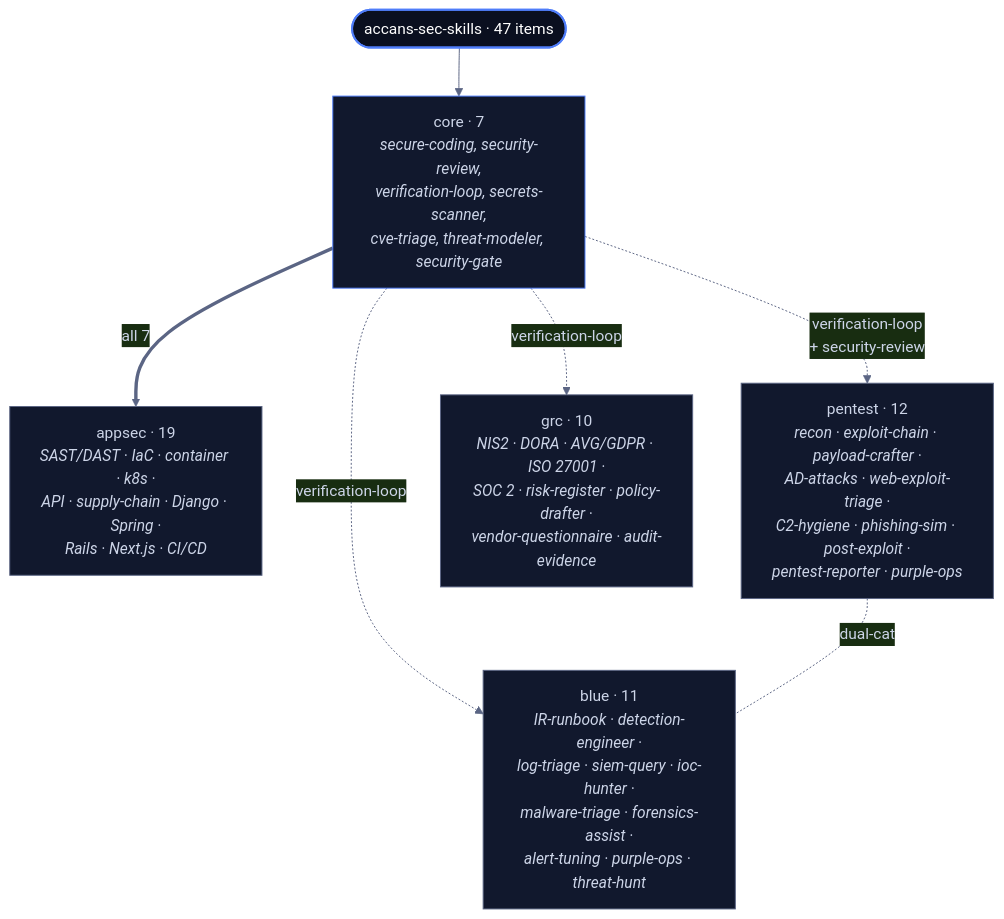
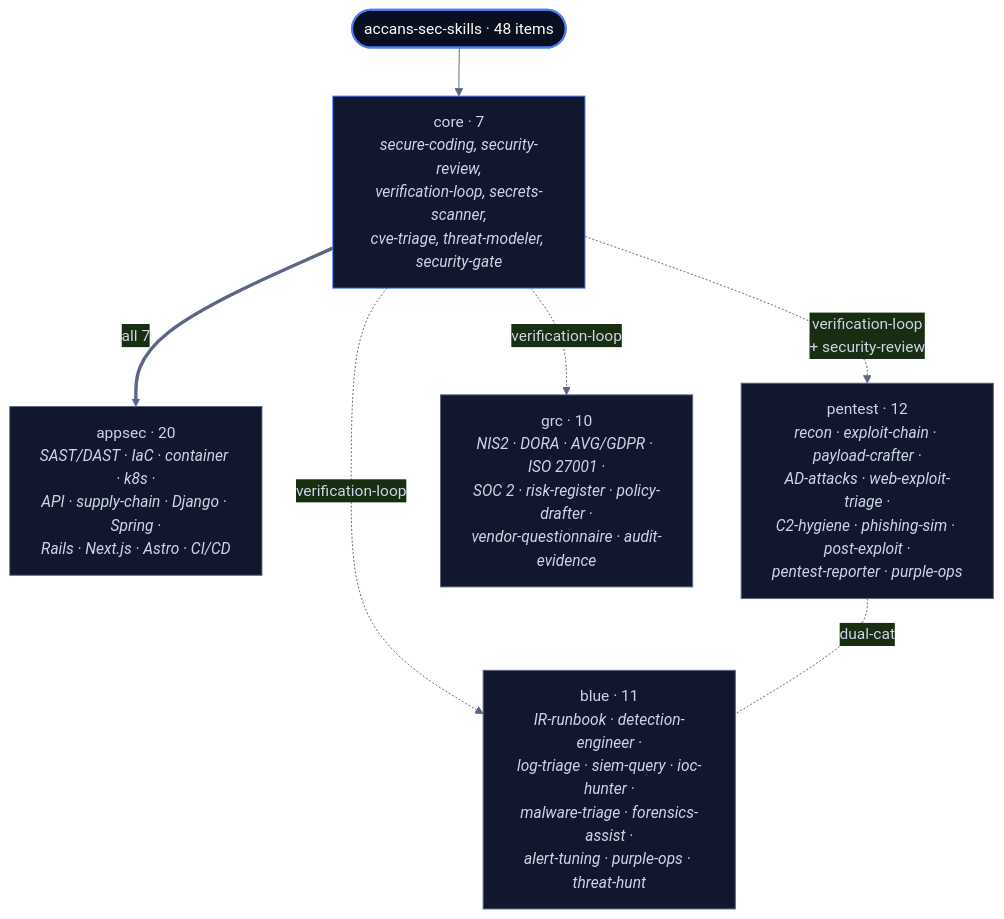
One commit to roodlicht/accans-sec-skills changed the first of 2 diagrams in README.md. Above: the diagram before and after it, drawn with Mermaid. The commit also changed other lines of this file and 3 other files, not shown here.

First line of the commit message:
catalog: dual-cat verification-loop (core + appsec); align README counts

````diff
--- a/README.md
+++ b/README.md
@@ -31,21 +31,21 @@
 ```mermaid
 %%{init: {'theme':'base', 'themeVariables': {'primaryColor':'#11182d','primaryTextColor':'#cdd5e8','primaryBorderColor':'#4f7df9','lineColor':'#5b6584'}}}%%
 flowchart TB
-    Root(["accans-sec-skills · 47 items"])
+    Root(["accans-sec-skills · 48 items"])
 
     Root --> Core["core · 7<br/><i>secure-coding, security-review,<br/>verification-loop, secrets-scanner,<br/>cve-triage, threat-modeler, security-gate</i>"]
 
-    Core ==>|"all 7"| AppSec["appsec · 19<br/><i>SAST/DAST · IaC · container · k8s ·<br/>API · supply-chain · Django · Spring ·<br/>Rails · Next.js · CI/CD</i>"]
+    Core ==>|"all 7"| AppSec["appsec · 20<br/><i>SAST/DAST · IaC · container · k8s ·<br/>API · supply-chain · Django · Spring ·<br/>Rails · Next.js · Astro · CI/CD</i>"]
     Core -.->|"verification-loop<br/>+ security-review"| Pentest["pentest · 12<br/><i>recon · exploit-chain · payload-crafter ·<br/>AD-attacks · web-exploit-triage ·<br/>C2-hygiene · phishing-sim · post-exploit ·<br/>pentest-reporter · purple-ops</i>"]
     Core -.->|"verification-loop"| Blue["blue · 11<br/><i>IR-runbook · detection-engineer ·<br/>log-triage · siem-query · ioc-hunter ·<br/>malware-triage · forensics-assist ·<br/>alert-tuning · purple-ops · threat-hunt</i>"]
     Core -.->|"verification-loop"| GRC["grc · 10<br/><i>NIS2 · DORA · AVG/GDPR · ISO 27001 ·<br/>SOC 2 · risk-register · policy-drafter ·<br/>vendor-questionnaire · audit-evidence</i>"]
 
     Pentest -. dual-cat .- Blue
 
     style Root fill:#0a0f1f,stroke:#4f7df9,stroke-width:2px,color:#fff
     style Core fill:#11182d,stroke:#4f7df9,color:#cdd5e8
     style AppSec fill:#11182d,stroke:#5b6584,color:#cdd5e8
     style Pentest fill:#11182d,stroke:#5b6584,color:#cdd5e8
     style Blue fill:#11182d,stroke:#5b6584,color:#cdd5e8
     style GRC fill:#11182d,stroke:#5b6584,color:#cdd5e8
 ```
````
